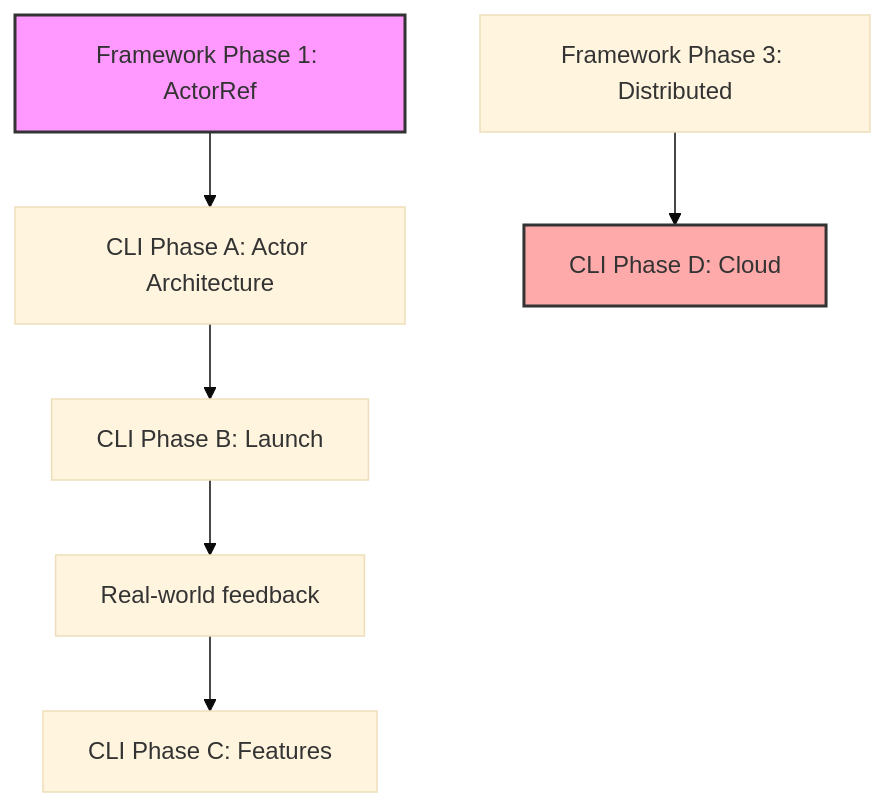
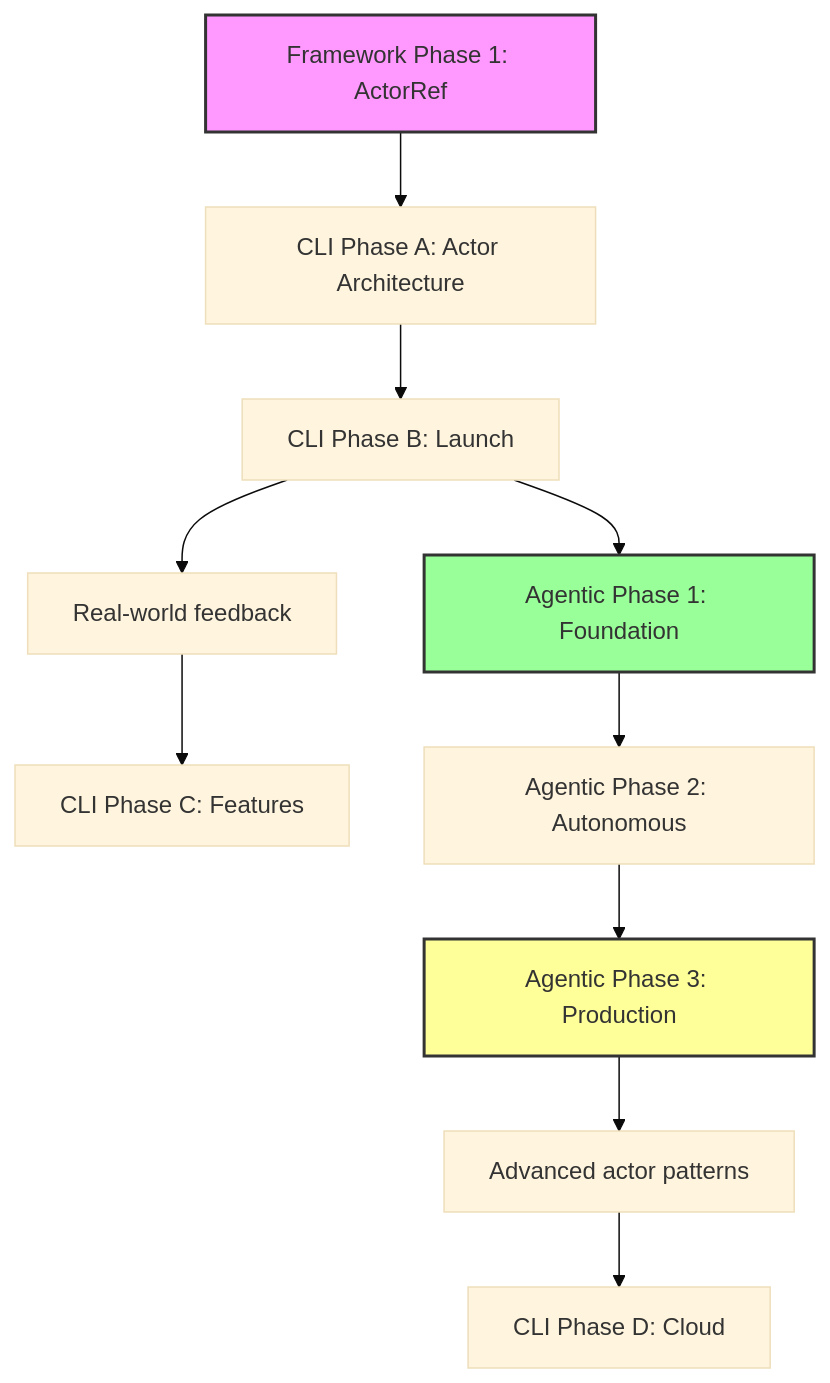
The diagram in docs/ROADMAP.md (0xjcf/actor-web), drawn with Mermaid (base theme) before and after one commit. The commit also changed other lines of this file and 9 other files, not shown here.

````diff
--- a/docs/ROADMAP.md
+++ b/docs/ROADMAP.md
@@ -367,11 +519,16 @@
 ```mermaid
 graph TD
     F1[Framework Phase 1: ActorRef] --> C1[CLI Phase A: Actor Architecture]
     C1 --> C2[CLI Phase B: Launch]
+    C2 --> A1[Agentic Phase 1: Foundation]
     F2[Framework Phase 2: Reactive] --> C3[CLI Phase C: Features]
     F3[Framework Phase 3: Distributed] --> C4[CLI Phase D: Cloud]
+    A1 --> A2[Agentic Phase 2: Autonomous]
+    A2 --> A3[Agentic Phase 3: Production]
     C2 --> F2[Real-world feedback]
+    A3 --> F3[Advanced actor patterns]
     
     style F1 fill:#f9f,stroke:#333,stroke-width:2px
-    style C4 fill:#faa,stroke:#333,stroke-width:2px
+    style A1 fill:#9f9,stroke:#333,stroke-width:2px
+    style A3 fill:#ff9,stroke:#333,stroke-width:2px
 ```
````
